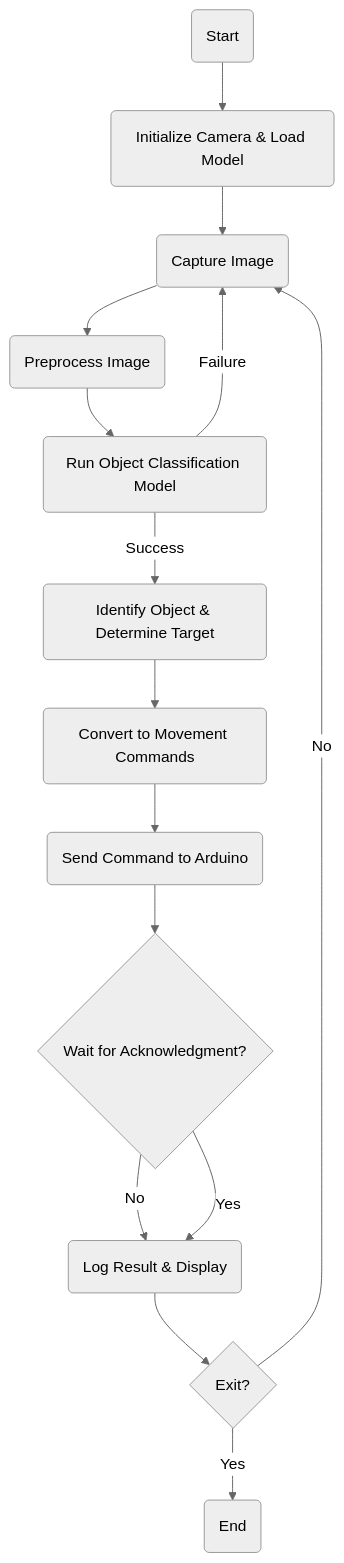
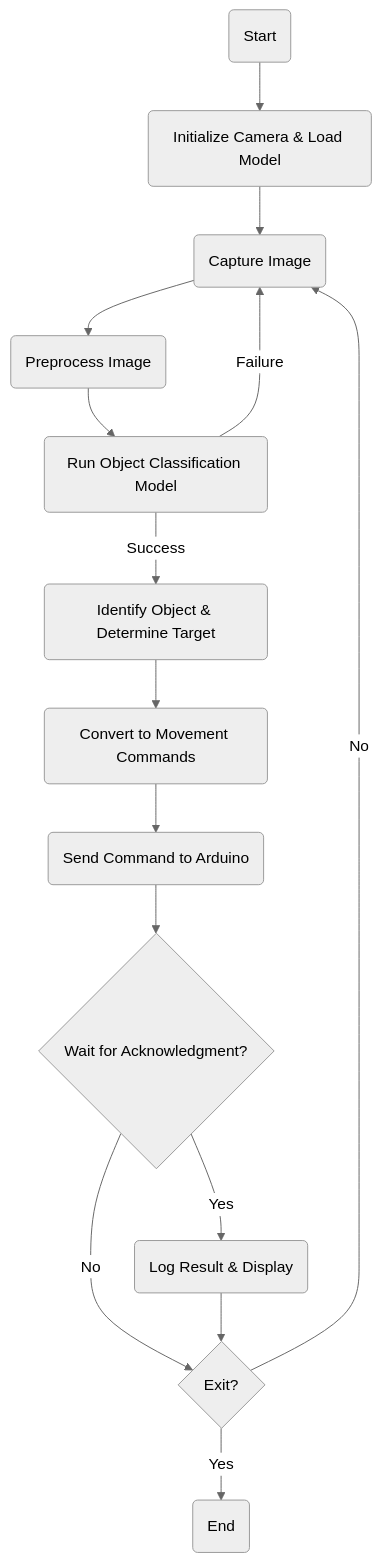
The first of 2 diagrams in README.md (Ngoc411/Robotic-arm-classifies-objects-using-computer-vision-with-raspi4-and-arduino), drawn with Mermaid (neutral theme) before and after one commit.

````diff
--- a/README.md
+++ b/README.md
@@ -25,17 +25,17 @@
 ```mermaid
 graph TD;
   A(Start) --> B(Initialize Camera & Load Model)
   B --> C(Capture Image)
   C --> D(Preprocess Image)
   D --> E(Run Object Classification Model)
   E -->|Success| F(Identify Object & Determine Target)
   E -->|Failure| C
   F --> G(Convert to Movement Commands)
   G --> H(Send Command to Arduino)
   H --> I{Wait for Acknowledgment?}
-  I -->|No| J
+  I -->|No| K
   I -->|Yes| J(Log Result & Display)
   J --> K{Exit?}
   K -->|No| C
   K -->|Yes| L(End)
 ```
````
